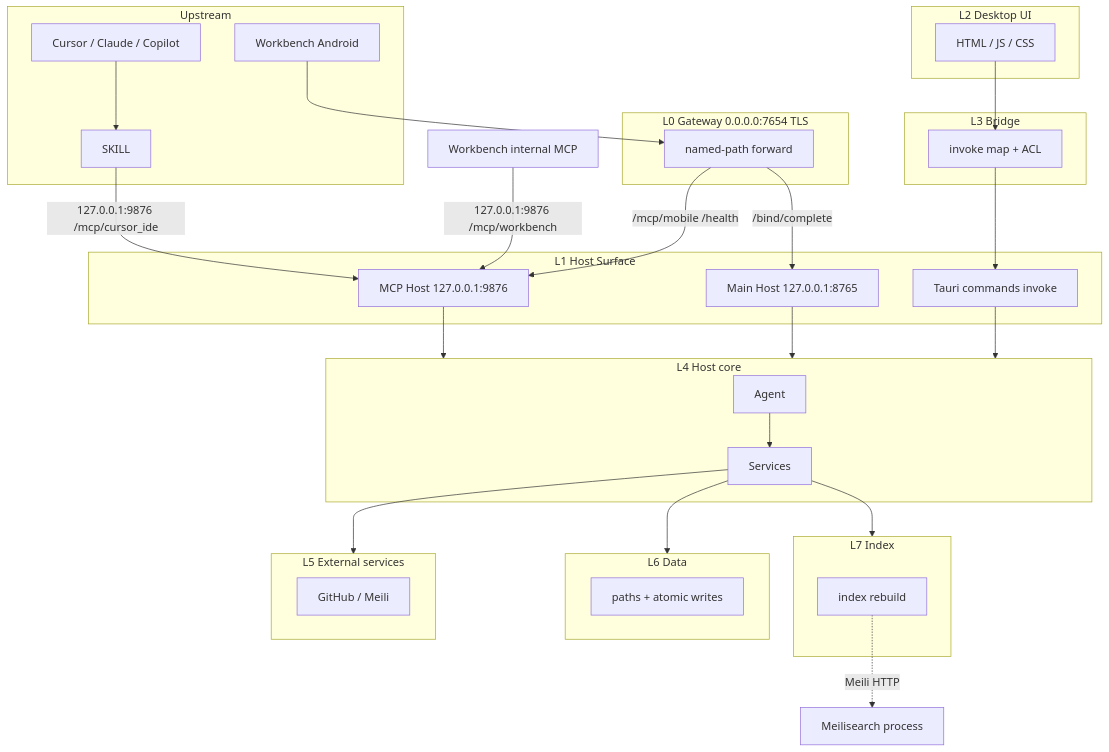
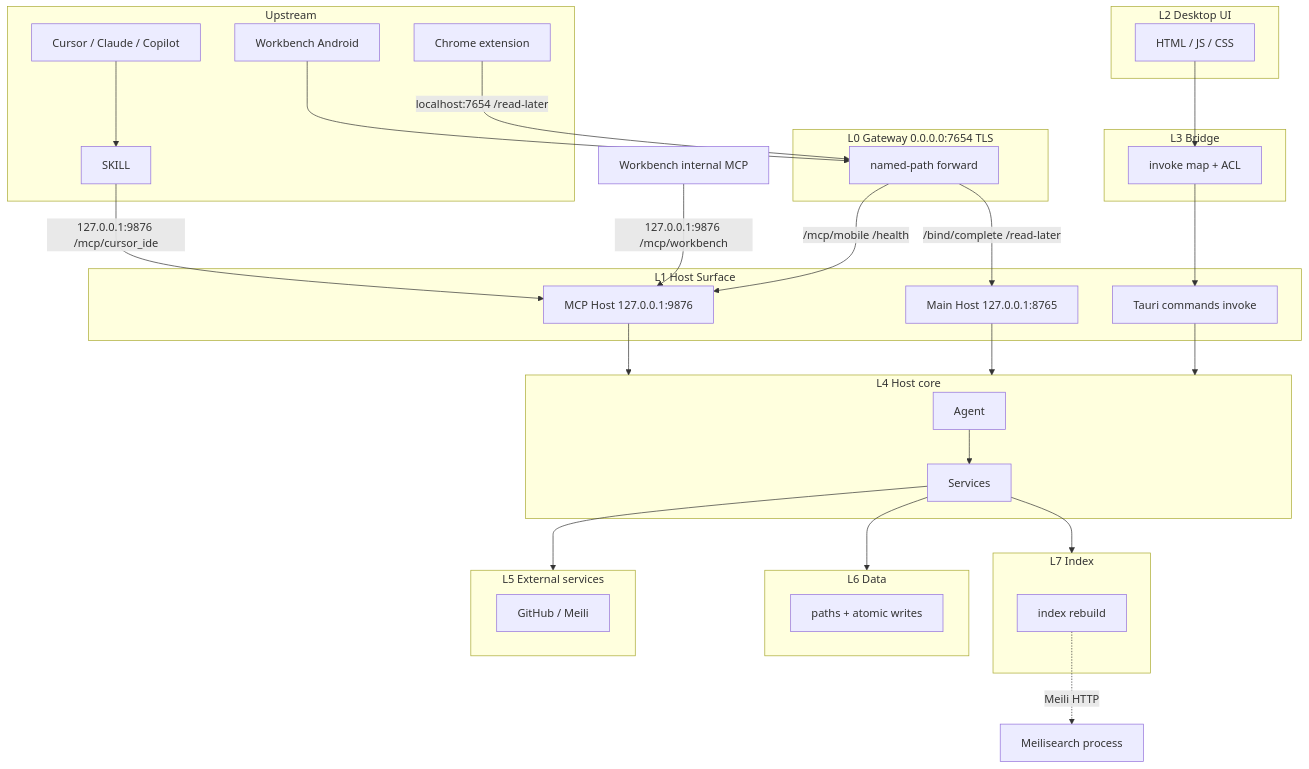
Before and after one commit to lulufoo/lulu-spark: the diagram in docs/architecture/arch-layer-constraints.md, drawn with Mermaid. The commit also changed other lines of this file and 7 other files, not shown here.

````diff
--- a/docs/architecture/arch-layer-constraints.md
+++ b/docs/architecture/arch-layer-constraints.md
@@ -7,62 +7,64 @@
 ```mermaid
 flowchart TB
   subgraph UP["Upstream"]
     IDE[Cursor / Claude / Copilot]
     SKILL[SKILL]
     AND[Workbench Android]
+    CHROME[Chrome extension]
   end
 
   subgraph L0["L0 Gateway  0.0.0.0:7654 TLS"]
     GW[named-path forward]
   end
 
   subgraph L2["L2 Desktop UI"]
     UI[HTML / JS / CSS]
   end
 
   subgraph L3["L3 Bridge"]
     BR[invoke map + ACL]
   end
 
   subgraph L1["L1 Host Surface"]
     MCP["MCP Host  127.0.0.1:9876"]
     MAIN["Main Host  127.0.0.1:8765"]
     CMD["Tauri commands  invoke"]
   end
 
   subgraph L4["L4 Host core"]
     AGT[Agent]
     SVC[Services]
   end
 
   subgraph L5["L5 External services"]
     INT[GitHub / Meili]
   end
 
   subgraph L6["L6 Data"]
     REPO[paths + atomic writes]
   end
 
   subgraph L7["L7 Index"]
     IDX[index rebuild]
   end
 
   INTMCP[Workbench internal MCP]
   MEILI[Meilisearch process]
 
   IDE --> SKILL
   SKILL -->|127.0.0.1:9876 /mcp/cursor_ide| MCP
   AND --> GW
+  CHROME -->|localhost:7654 /read-later| GW
   GW -->|/mcp/mobile /health| MCP
-  GW -->|/bind/complete| MAIN
+  GW -->|/bind/complete /read-later| MAIN
   INTMCP -->|127.0.0.1:9876 /mcp/workbench| MCP
   UI --> BR --> CMD
   MCP --> L4
   MAIN --> L4
   CMD --> L4
   AGT --> SVC
   SVC --> L5
   SVC --> L6
   SVC --> L7
   IDX -.->|Meili HTTP| MEILI
 ```
````
